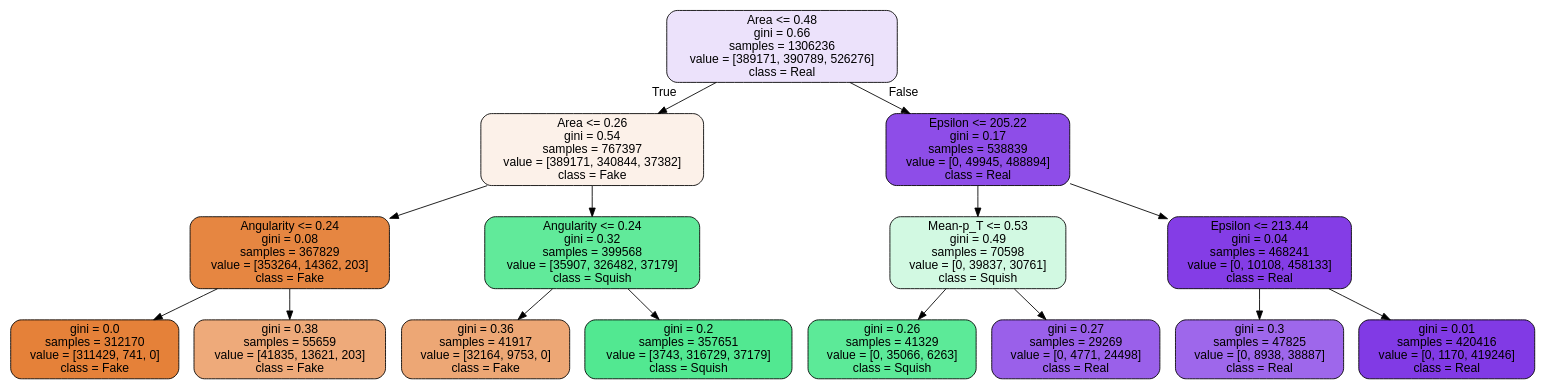
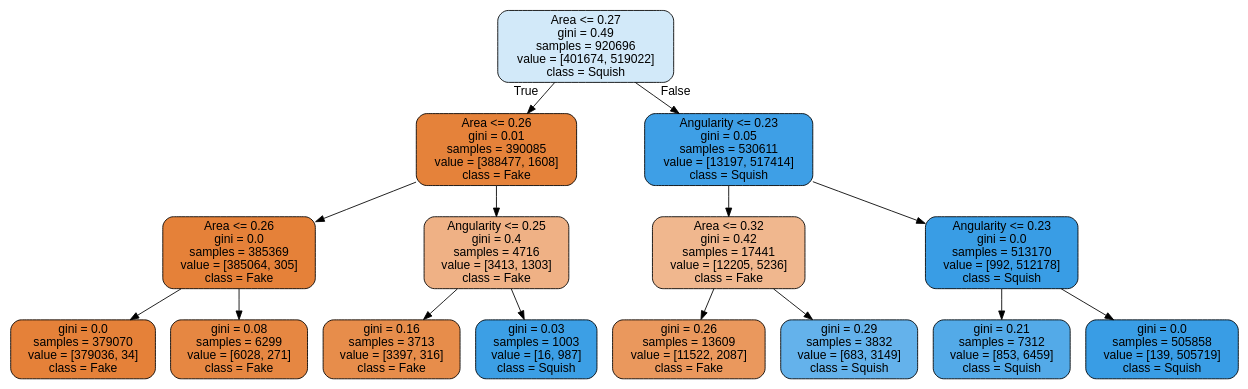
The diagram in Oracles/Oracle_0.4_10.dot (Steffanic/ML-Jet-BG-Subtraction), drawn with Graphviz before and after one commit. The commit also changed 61 other files, not shown here.

```diff
--- a/Oracles/Oracle_0.4_10.dot
+++ b/Oracles/Oracle_0.4_10.dot
@@ -1,33 +1,33 @@
 digraph Tree {
 node [shape=box, style="filled, rounded", color="black", fontname=helvetica] ;
 edge [fontname=helvetica] ;
-0 [label="Area <= 0.48\ngini = 0.66\nsamples = 1306236\nvalue = [389171, 390789, 526276]\nclass = Real", fillcolor="#ece2fb"] ;
-1 [label="Area <= 0.26\ngini = 0.54\nsamples = 767397\nvalue = [389171, 340844, 37382]\nclass = Fake", fillcolor="#fcf1e9"] ;
+0 [label="Area <= 0.27\ngini = 0.49\nsamples = 920696\nvalue = [401674, 519022]\nclass = Squish", fillcolor="#d2e9f9"] ;
+1 [label="Area <= 0.26\ngini = 0.01\nsamples = 390085\nvalue = [388477, 1608]\nclass = Fake", fillcolor="#e5823a"] ;
 0 -> 1 [labeldistance=2.5, labelangle=45, headlabel="True"] ;
-2 [label="Angularity <= 0.24\ngini = 0.08\nsamples = 367829\nvalue = [353264, 14362, 203]\nclass = Fake", fillcolor="#e68641"] ;
+2 [label="Area <= 0.26\ngini = 0.0\nsamples = 385369\nvalue = [385064, 305]\nclass = Fake", fillcolor="#e58139"] ;
 1 -> 2 ;
-3 [label="gini = 0.0\nsamples = 312170\nvalue = [311429, 741, 0]\nclass = Fake", fillcolor="#e58139"] ;
+3 [label="gini = 0.0\nsamples = 379070\nvalue = [379036, 34]\nclass = Fake", fillcolor="#e58139"] ;
 2 -> 3 ;
-4 [label="gini = 0.38\nsamples = 55659\nvalue = [41835, 13621, 203]\nclass = Fake", fillcolor="#eeaa7a"] ;
+4 [label="gini = 0.08\nsamples = 6299\nvalue = [6028, 271]\nclass = Fake", fillcolor="#e68742"] ;
 2 -> 4 ;
-5 [label="Angularity <= 0.24\ngini = 0.32\nsamples = 399568\nvalue = [35907, 326482, 37179]\nclass = Squish", fillcolor="#61ea9a"] ;
+5 [label="Angularity <= 0.25\ngini = 0.4\nsamples = 4716\nvalue = [3413, 1303]\nclass = Fake", fillcolor="#efb185"] ;
 1 -> 5 ;
-6 [label="gini = 0.36\nsamples = 41917\nvalue = [32164, 9753, 0]\nclass = Fake", fillcolor="#eda775"] ;
+6 [label="gini = 0.16\nsamples = 3713\nvalue = [3397, 316]\nclass = Fake", fillcolor="#e78d4b"] ;
 5 -> 6 ;
-7 [label="gini = 0.2\nsamples = 357651\nvalue = [3743, 316729, 37179]\nclass = Squish", fillcolor="#52e891"] ;
+7 [label="gini = 0.03\nsamples = 1003\nvalue = [16, 987]\nclass = Squish", fillcolor="#3c9fe5"] ;
 5 -> 7 ;
-8 [label="Epsilon <= 205.22\ngini = 0.17\nsamples = 538839\nvalue = [0, 49945, 488894]\nclass = Real", fillcolor="#8e4de8"] ;
+8 [label="Angularity <= 0.23\ngini = 0.05\nsamples = 530611\nvalue = [13197, 517414]\nclass = Squish", fillcolor="#3e9fe6"] ;
 0 -> 8 [labeldistance=2.5, labelangle=-45, headlabel="False"] ;
-9 [label="Mean-p_T <= 0.53\ngini = 0.49\nsamples = 70598\nvalue = [0, 39837, 30761]\nclass = Squish", fillcolor="#d2f9e2"] ;
+9 [label="Area <= 0.32\ngini = 0.42\nsamples = 17441\nvalue = [12205, 5236]\nclass = Fake", fillcolor="#f0b78e"] ;
 8 -> 9 ;
-10 [label="gini = 0.26\nsamples = 41329\nvalue = [0, 35066, 6263]\nclass = Squish", fillcolor="#5cea98"] ;
+10 [label="gini = 0.26\nsamples = 13609\nvalue = [11522, 2087]\nclass = Fake", fillcolor="#ea985d"] ;
 9 -> 10 ;
-11 [label="gini = 0.27\nsamples = 29269\nvalue = [0, 4771, 24498]\nclass = Real", fillcolor="#9a60ea"] ;
+11 [label="gini = 0.29\nsamples = 3832\nvalue = [683, 3149]\nclass = Squish", fillcolor="#64b2eb"] ;
 9 -> 11 ;
-12 [label="Epsilon <= 213.44\ngini = 0.04\nsamples = 468241\nvalue = [0, 10108, 458133]\nclass = Real", fillcolor="#843de6"] ;
+12 [label="Angularity <= 0.23\ngini = 0.0\nsamples = 513170\nvalue = [992, 512178]\nclass = Squish", fillcolor="#399de5"] ;
 8 -> 12 ;
-13 [label="gini = 0.3\nsamples = 47825\nvalue = [0, 8938, 38887]\nclass = Real", fillcolor="#9e67eb"] ;
+13 [label="gini = 0.21\nsamples = 7312\nvalue = [853, 6459]\nclass = Squish", fillcolor="#53aae8"] ;
 12 -> 13 ;
-14 [label="gini = 0.01\nsamples = 420416\nvalue = [0, 1170, 419246]\nclass = Real", fillcolor="#813ae5"] ;
+14 [label="gini = 0.0\nsamples = 505858\nvalue = [139, 505719]\nclass = Squish", fillcolor="#399de5"] ;
 12 -> 14 ;
 }
```
